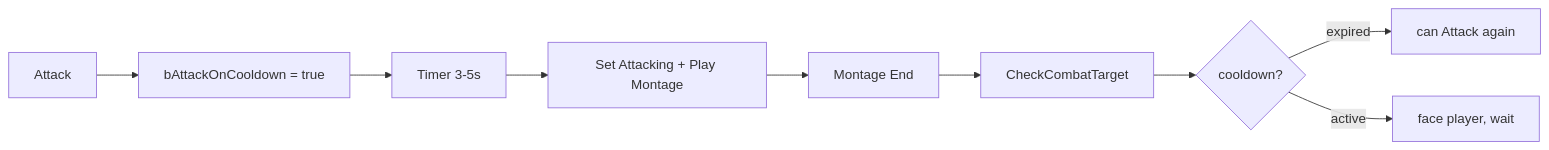
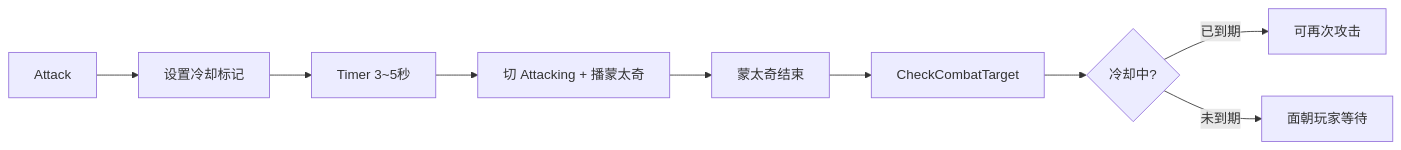
Before and after one commit to Kulahala/UE5.7Project: the third of 3 diagrams in README.md, drawn with Mermaid. The commit also changed other lines of this file and 19 other files, not shown here.

````diff
--- a/README.md
+++ b/README.md
@@ -149,11 +149,11 @@
 ```mermaid
 flowchart LR
-    A[Attack] --> B[bAttackOnCooldown = true]
-    B --> C[Timer 3-5s]
-    C --> D[Set Attacking + Play Montage]
-    D --> E[Montage End]
+    A[Attack] --> B[设置冷却标记]
+    B --> C[Timer 3~5秒]
+    C --> D[切 Attacking + 播蒙太奇]
+    D --> E[蒙太奇结束]
     E --> F[CheckCombatTarget]
-    F --> G{cooldown?}
-    G -->|expired| H[can Attack again]
-    G -->|active| I[face player, wait]
+    F --> G{冷却中?}
+    G -->|已到期| H[可再次攻击]
+    G -->|未到期| I[面朝玩家等待]
 ```
````
